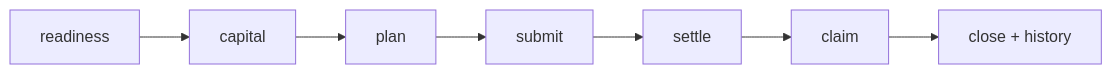
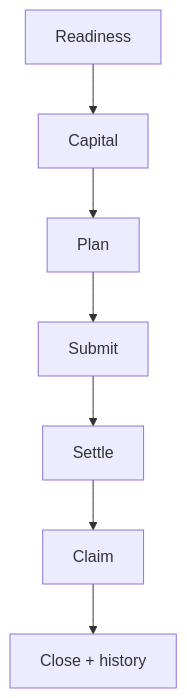
Before and after one commit to fased-ai/fased: the second of 2 diagrams in docs/plugins/crypto/mining-advanced.md, drawn with Mermaid. The commit also changed other lines of this file and 264 other files, not shown here.

````diff
--- a/docs/plugins/crypto/mining-advanced.md
+++ b/docs/plugins/crypto/mining-advanced.md
@@ -55,9 +57,9 @@
 ```mermaid
-flowchart LR
-  A["readiness"] --> B["capital"]
-  B --> C["plan"]
-  C --> D["submit"]
-  D --> E["settle"]
-  E --> F["claim"]
-  F --> G["close + history"]
+flowchart TD
+  Readiness["Readiness"] --> Capital["Capital"]
+  Capital --> Plan["Plan"]
+  Plan --> Submit["Submit"]
+  Submit --> Settle["Settle"]
+  Settle --> Claim["Claim"]
+  Claim --> History["Close + history"]
 ```
````
